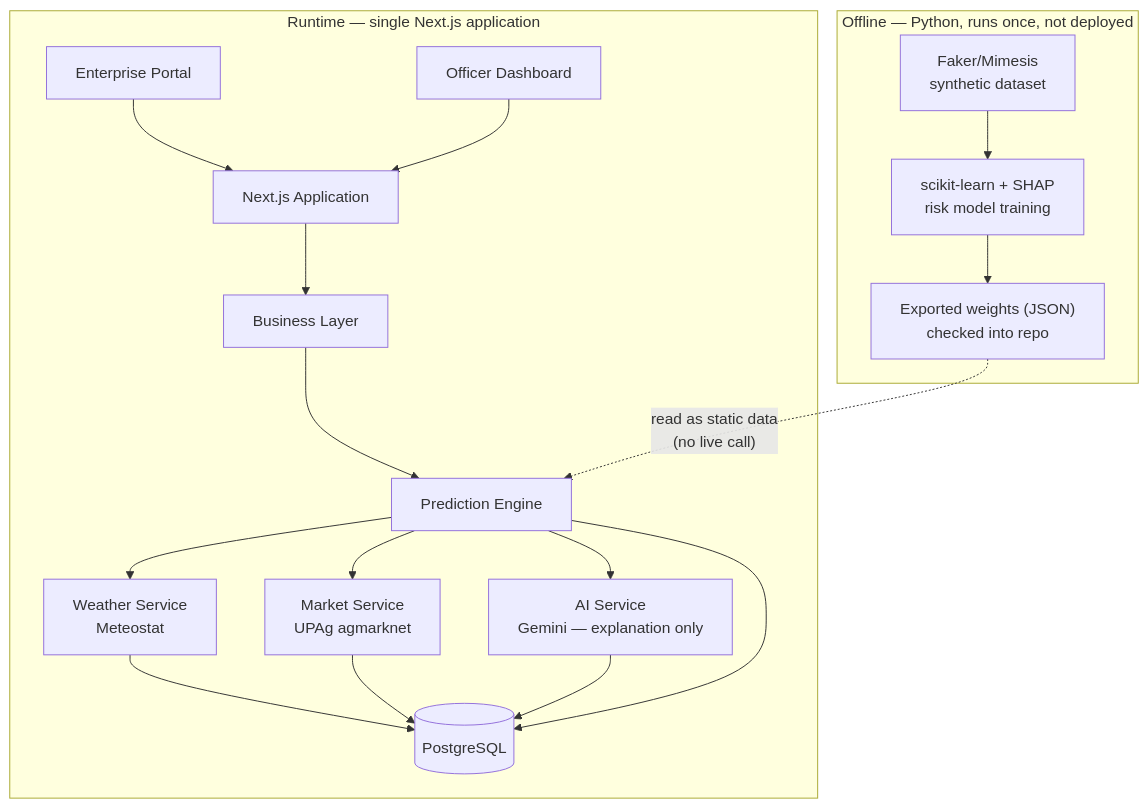
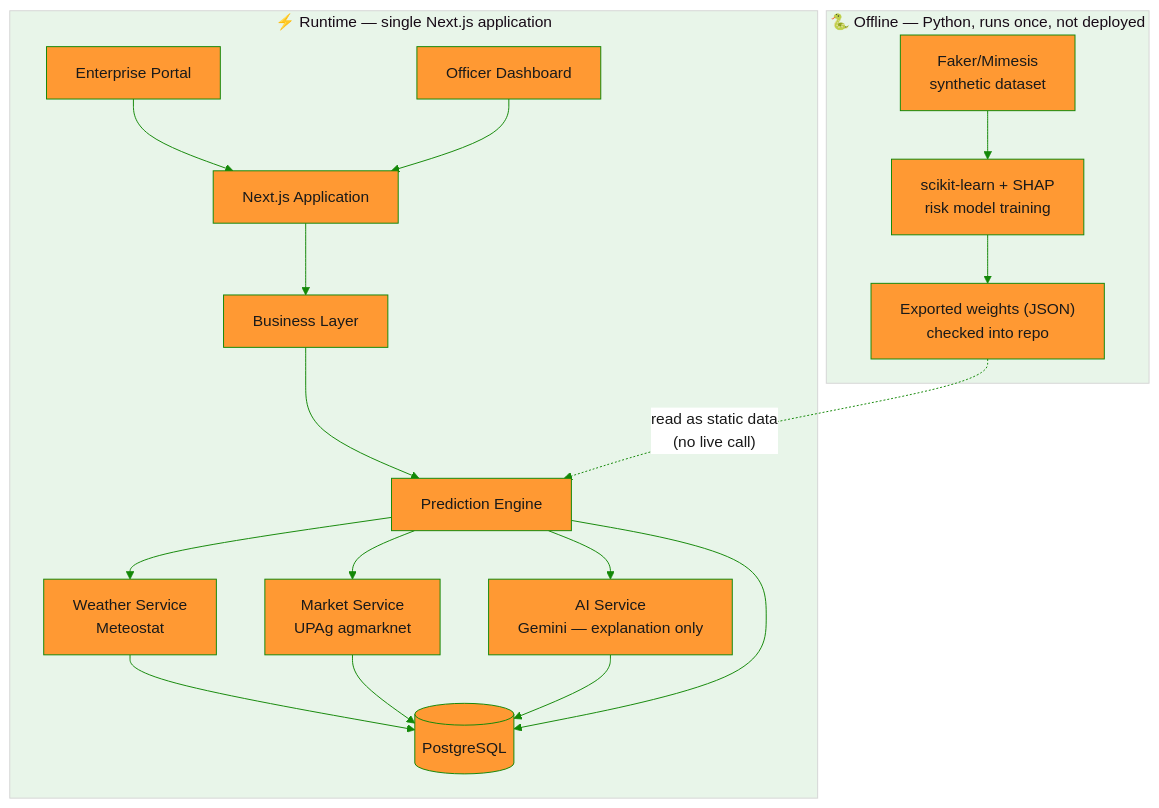
The third of 4 diagrams in README.md (Agnik47/Fasal-Becho), drawn with Mermaid before and after one commit. The commit also changed other lines of this file and 1 other file, not shown here.

````diff
--- a/README.md
+++ b/README.md
@@ -233,23 +260,24 @@
 ```mermaid
+%%{init: {'theme':'base', 'themeVariables': {'primaryColor':'#FF9933','primaryTextColor':'#1a1a1a','primaryBorderColor':'#138808','lineColor':'#138808','secondaryColor':'#ffffff','tertiaryColor':'#e8f5e9'}}}%%
 flowchart TD
-    subgraph Offline["Offline — Python, runs once, not deployed"]
+    subgraph Offline["🐍 Offline — Python, runs once, not deployed"]
         SDG["Faker/Mimesis<br/>synthetic dataset"] --> RM["scikit-learn + SHAP<br/>risk model training"]
         RM --> ART["Exported weights (JSON)<br/>checked into repo"]
     end
 
-    subgraph Runtime["Runtime — single Next.js application"]
+    subgraph Runtime["⚡ Runtime — single Next.js application"]
         EP[Enterprise Portal] --> APP
         OD[Officer Dashboard] --> APP
         APP["Next.js Application"] --> BL[Business Layer]
         BL --> PE[Prediction Engine]
         PE --> WX["Weather Service<br/>Meteostat"]
         PE --> MK["Market Service<br/>UPAg agmarknet"]
         PE --> AI["AI Service<br/>Gemini — explanation only"]
         WX --> DB[(PostgreSQL)]
         MK --> DB
         AI --> DB
         PE --> DB
     end
 
     ART -.->|"read as static data<br/>(no live call)"| PE
 ```
````
